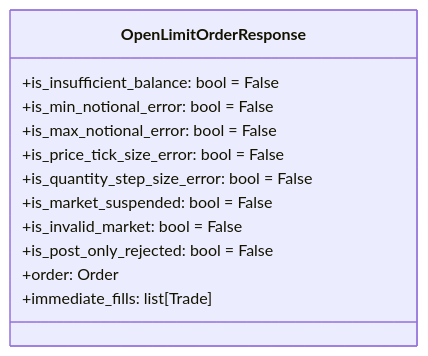
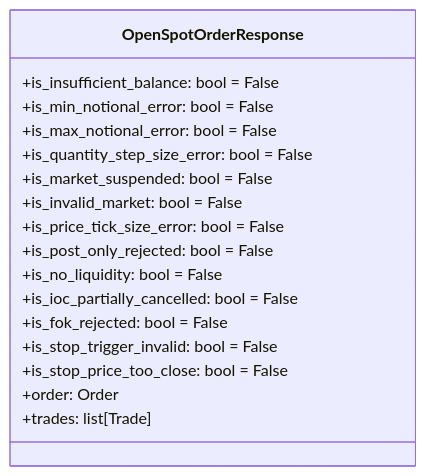
One commit to gatesplan/python-toolbox changed the second of 15 diagrams in packages/financial-assets/financial_assets/response/Architecture.md. Above: the diagram before and after it, drawn with Mermaid. The commit also changed other lines of this file and 2 other files, not shown here.

First line of the commit message:
refactor(financial-assets): Response를 OpenSpotOrderResponse로 통합

````diff
--- a/packages/financial-assets/financial_assets/response/Architecture.md
+++ b/packages/financial-assets/financial_assets/response/Architecture.md
@@ -74,15 +74,20 @@
 ```mermaid
 classDiagram
-    class OpenLimitOrderResponse {
+    class OpenSpotOrderResponse {
         +is_insufficient_balance: bool = False
         +is_min_notional_error: bool = False
         +is_max_notional_error: bool = False
-        +is_price_tick_size_error: bool = False
         +is_quantity_step_size_error: bool = False
         +is_market_suspended: bool = False
         +is_invalid_market: bool = False
+        +is_price_tick_size_error: bool = False
         +is_post_only_rejected: bool = False
+        +is_no_liquidity: bool = False
+        +is_ioc_partially_cancelled: bool = False
+        +is_fok_rejected: bool = False
+        +is_stop_trigger_invalid: bool = False
+        +is_stop_price_too_close: bool = False
         +order: Order
-        +immediate_fills: list[Trade]
+        +trades: list[Trade]
     }
 ```
````
